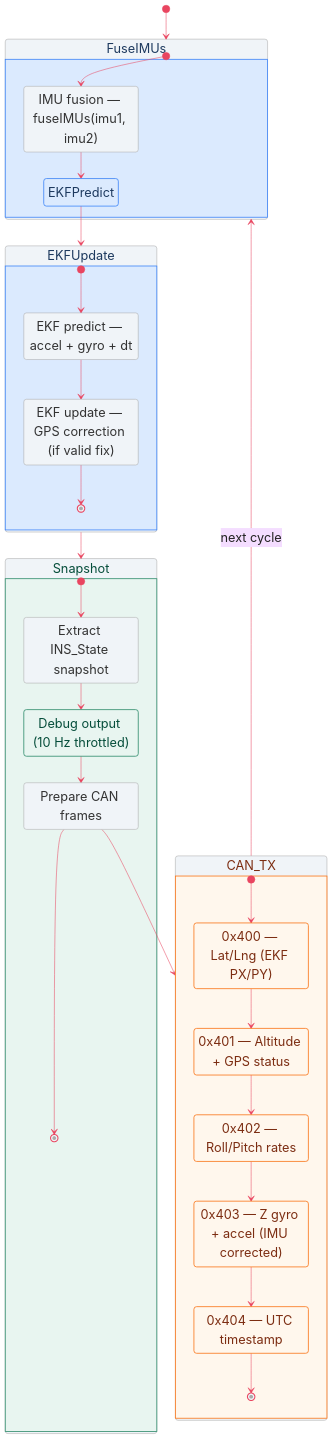
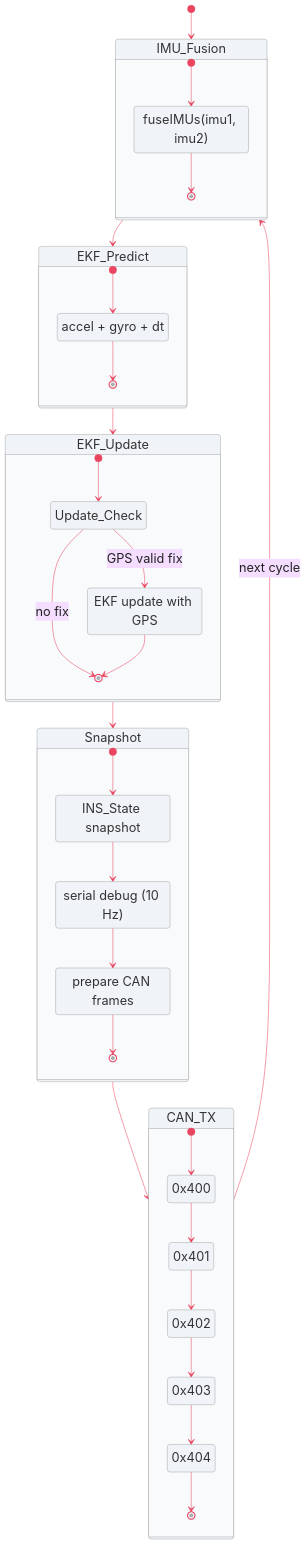
The fourth of 4 diagrams in README.md (ptmotorsport/PT-IMU2CAN), drawn with Mermaid before and after one commit. The commit also changed other lines of this file, not shown here.

Commit message:
Update README.md
fixed charts

````diff
--- a/README.md
+++ b/README.md
@@ -96,67 +99,79 @@
 ```mermaid
-%%{init: {'theme': 'base', 'themeVariables': {'fontSize': '24px', 'lineColor': '#e94560', 'mainBkg': '#f0f4f8', 'nodeBorder': '#aaaaaa', 'textColor': '#222222', 'background': '#f8fafc', 'clusterBkg': '#f1f5f9'}}}%%
+%%{init: {'theme': 'base', 'themeVariables': {
+    'fontSize': '24px',
+    'lineColor': '#e94560',
+    'mainBkg': '#f0f4f8',
+    'nodeBorder': '#aaaaaa',
+    'textColor': '#222222',
+    'background': '#f8fafc',
+    'clusterBkg': '#f1f5f9'
+}}}%%
 stateDiagram-v2
 
-    [*] --> FuseIMUs
+    [*] --> IMU_Fusion
 
-    state FuseIMUs {
+    IMU_Fusion --> EKF_Predict
+
+    state IMU_Fusion {
         direction TB
-        [*] --> IMUFusion
-        IMUFusion --> EKFPredict
-        IMUFusion : IMU fusion — fuseIMUs(imu1, imu2)
+        [*] --> Fuse
+        Fuse : fuseIMUs(imu1, imu2)
+        Fuse --> [*]
     }
 
-    EKFPredict --> EKFUpdate
+    EKF_Predict --> EKF_Update
 
-    state EKFUpdate {
+    state EKF_Predict {
         direction TB
-        [*] --> PredictStep
-        PredictStep --> UpdateStep
-        UpdateStep --> [*]
-
-        PredictStep : EKF predict — accel + gyro + dt
-        UpdateStep : EKF update — GPS correction (if valid fix)
+        [*] --> Predict
+        Predict : accel + gyro + dt
+        Predict --> [*]
     }
 
-    EKFUpdate --> Snapshot
+    state EKF_Update {
+        direction TB
+        [*] --> Update_Check
+        Update_Check --> GPS_Update : GPS valid fix
+        Update_Check --> [*] : no fix
+
+        GPS_Update : EKF update with GPS
+        GPS_Update --> [*]
+    }
+
+    EKF_Update --> Snapshot
 
     state Snapshot {
         direction TB
-        [*] --> ExtractState
-        ExtractState --> DebugSerial
-        DebugSerial --> CANDispatch
-        CANDispatch --> [*]
+        [*] --> Extract_State
+        Extract_State --> Debug
+        Debug --> CAN_Prepare
+        CAN_Prepare --> [*]
 
-        ExtractState : Extract INS_State snapshot
-        DebugSerial : Debug output (10 Hz throttled)
-        CANDispatch : Prepare CAN frames
+        Extract_State : INS_State snapshot
+        Debug : serial debug (10 Hz)
+        CAN_Prepare : prepare CAN frames
     }
 
-    CANDispatch --> CAN_TX
+    Snapshot --> CAN_TX
 
     state CAN_TX {
         direction TB
-        [*] --> LatLng
-        LatLng --> GPSInfo
-        GPSInfo --> GyroXY
-        GyroXY --> GyroZAccel
-        GyroZAccel --> UTCTime
-        UTCTime --> [*]
+        [*] --> Send_LatLng
+        Send_LatLng --> Send_GPS
+        Send_GPS --> Send_GyroXY
+        Send_GyroXY --> Send_GyroZAccel
+        Send_GyroZAccel --> Send_UTC
+        Send_UTC --> [*]
 
-        LatLng : 0x400 — Lat/Lng (EKF PX/PY)
-        GPSInfo : 0x401 — Altitude + GPS status
-        GyroXY : 0x402 — Roll/Pitch rates
-        GyroZAccel : 0x403 — Z gyro + accel (IMU corrected)
-        UTCTime : 0x404 — UTC timestamp
+        Send_LatLng : 0x400
+        Send_GPS : 0x401
+        Send_GyroXY : 0x402
+        Send_GyroZAccel : 0x403
+        Send_UTC : 0x404
     }
 
-    CAN_TX --> FuseIMUs : next cycle
+    CAN_TX --> IMU_Fusion : next cycle
 
-    classDef ekfBox fill:#dbeafe,stroke:#3b82f6,stroke-width:1.5px,color:#1e3a5f
-    classDef logBox fill:#e8f5f0,stroke:#2d8a6a,stroke-width:1.5px,color:#064e3b
-    classDef canBox fill:#fff7ed,stroke:#f97316,stroke-width:1.5px,color:#7c2d12
-
-    class FuseIMUs,EKFPredict,EKFUpdate ekfBox
-    class Snapshot,DebugSerial logBox
-    class CAN_TX,LatLng,GPSInfo,GyroXY,GyroZAccel,UTCTime canBox
+    classDef predictBox fill:#dbeafe,stroke:#3b82f6,stroke-width:1.5px,color:#1e3a5f
+    classDef updateBox fill:#e8f5f0,stroke:#2d8a6a,stroke-width:1.5px,color:#064e3b
 ```
````
